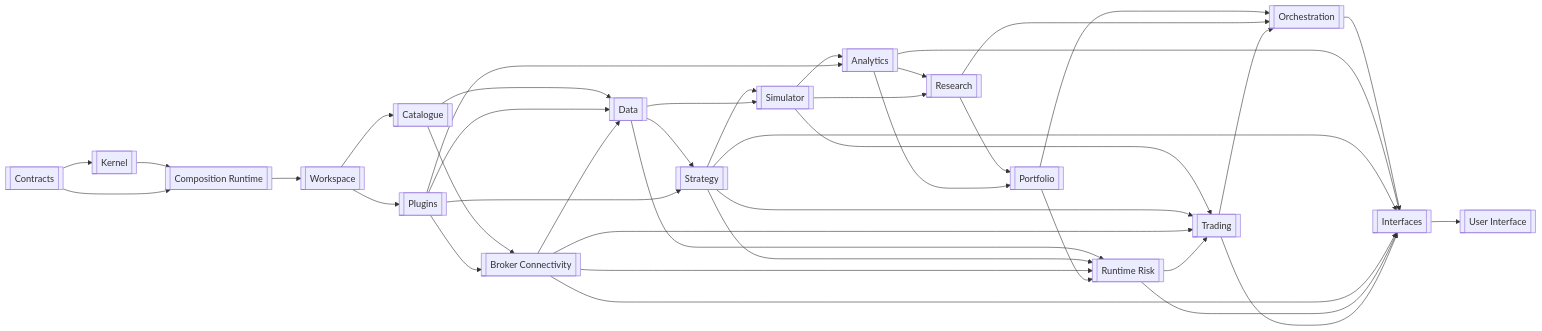
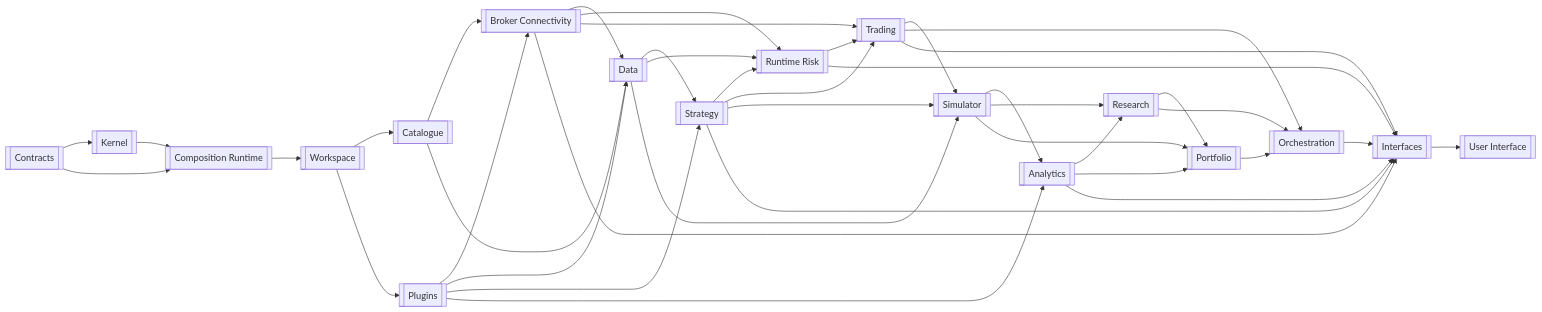
The second of 3 diagrams in docs/PROJECT.md (haruperi/HaruQuantAI), drawn with Mermaid before and after one commit. The commit also changed other lines of this file, not shown here.

````diff
--- a/docs/PROJECT.md
+++ b/docs/PROJECT.md
@@ -141,42 +144,42 @@
 ```mermaid
 flowchart LR
     CTR[[Contracts]] --> K[[Kernel]]
     K --> C[[Composition Runtime]]
     CTR --> C
     C --> WS[[Workspace]]
     WS --> CAT[[Catalogue]]
     WS --> PLUG[[Plugins]]
+    CAT --> BRK[[Broker Connectivity]]
+    PLUG --> BRK
     CAT --> DATA[[Data]]
     PLUG --> DATA
-    CAT --> BRK[[Broker Connectivity]]
-    PLUG --> BRK
     BRK --> DATA
     DATA --> STRAT[[Strategy]]
     PLUG --> STRAT
-    STRAT --> SIM[[Simulator]]
-    DATA --> SIM
+    DATA --> RISK[[Runtime Risk]]
+    STRAT --> RISK
+    BRK --> RISK
+    STRAT --> TRD[[Trading]]
+    BRK --> TRD
+    RISK --> TRD
+    DATA --> SIM[[Simulator]]
+    STRAT --> SIM
+    TRD --> SIM
     SIM --> ANA[[Analytics]]
     PLUG --> ANA
     ANA --> RES[[Research]]
     SIM --> RES
     RES --> PORT[[Portfolio]]
     ANA --> PORT
-    DATA --> RISK[[Runtime Risk]]
-    STRAT --> RISK
-    BRK --> RISK
-    PORT --> RISK
-    SIM --> TRD[[Trading]]
-    STRAT --> TRD
-    BRK --> TRD
-    RISK --> TRD
+    SIM --> PORT
     PORT --> ORCH[[Orchestration]]
     RES --> ORCH
     TRD --> ORCH
     ORCH --> IFACE[[Interfaces]]
     ANA --> IFACE
     STRAT --> IFACE
     BRK --> IFACE
     RISK --> IFACE
     TRD --> IFACE
     IFACE --> UI[[User Interface]]
 ```
````
